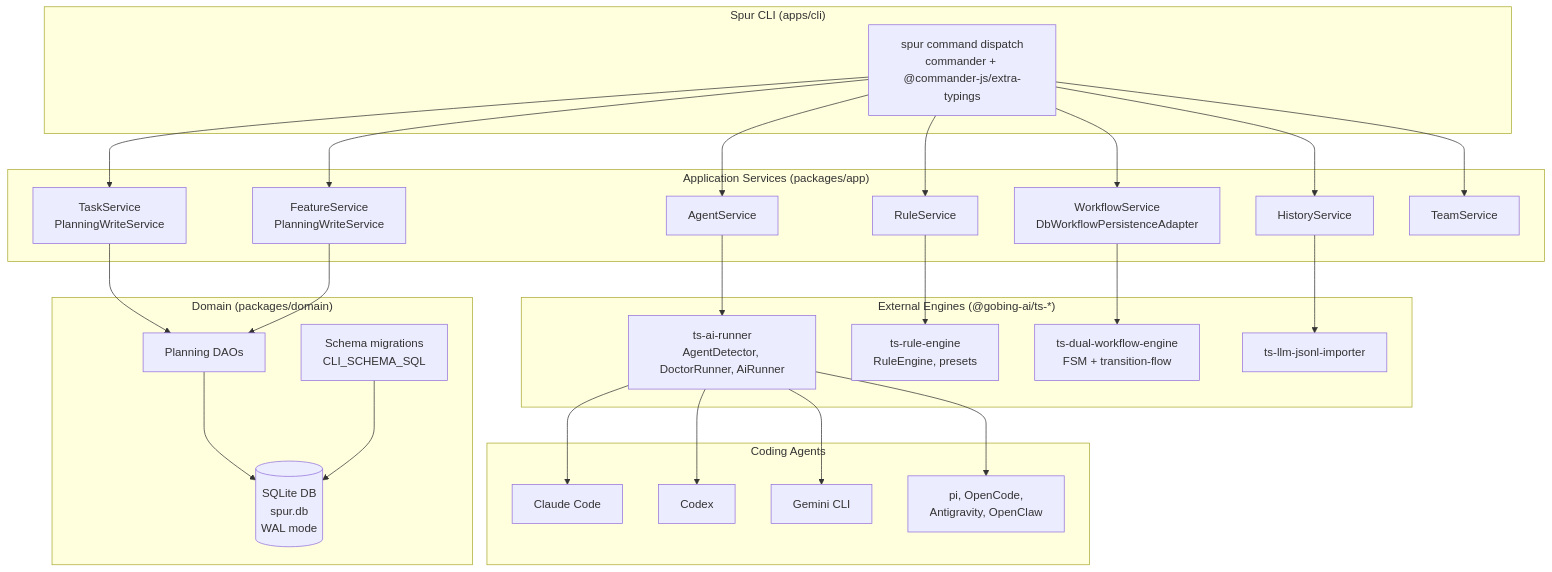
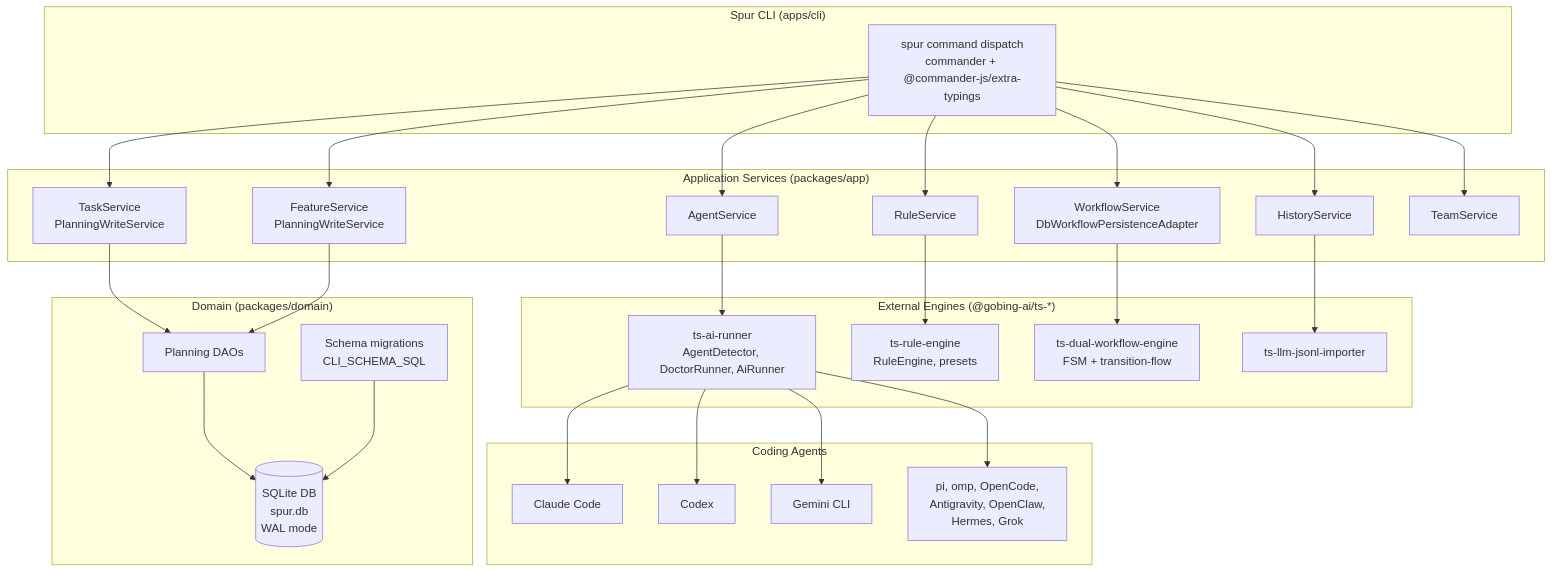
One commit to gobing-ai/spur changed the diagram in docs/help/index.md. Above: the diagram before and after it, drawn with Mermaid. The commit also changed other lines of this file and 11 other files, not shown here.

````diff
--- a/docs/help/index.md
+++ b/docs/help/index.md
@@ -55,44 +55,44 @@
 ```mermaid
 graph TB
     subgraph "Spur CLI (apps/cli)"
         CLI[spur command dispatch<br/>commander + @commander-js/extra-typings]
     end
 
     subgraph "Application Services (packages/app)"
         AgentSvc[AgentService]
         RuleSvc[RuleService]
         WorkflowSvc[WorkflowService<br/>DbWorkflowPersistenceAdapter]
         TaskSvc[TaskService<br/>PlanningWriteService]
         FeatureSvc[FeatureService<br/>PlanningWriteService]
         HistorySvc[HistoryService]
         TeamSvc[TeamService]
     end
 
     subgraph "Domain (packages/domain)"
         DB[(SQLite DB<br/>spur.db<br/>WAL mode)]
         Migrations[Schema migrations<br/>CLI_SCHEMA_SQL]
         PlanningDAOs[Planning DAOs]
     end
 
     subgraph "External Engines (@gobing-ai/ts-*)"
         AiRunner[ts-ai-runner<br/>AgentDetector, DoctorRunner, AiRunner]
         RuleEngine[ts-rule-engine<br/>RuleEngine, presets]
         WorkflowEngine[ts-dual-workflow-engine<br/>FSM + transition-flow]
         JsonlImporter[ts-llm-jsonl-importer]
     end
 
     subgraph "Coding Agents"
         Claude[Claude Code]
         Codex[Codex]
         Gemini[Gemini CLI]
-        Others[pi, OpenCode,<br/>Antigravity, OpenClaw]
+        Others[pi, omp, OpenCode,<br/>Antigravity, OpenClaw,<br/>Hermes, Grok]
     end
 
     CLI --> AgentSvc & RuleSvc & WorkflowSvc & TaskSvc & FeatureSvc & HistorySvc & TeamSvc
     AgentSvc --> AiRunner --> Claude & Codex & Gemini & Others
     RuleSvc --> RuleEngine
     WorkflowSvc --> WorkflowEngine
     HistorySvc --> JsonlImporter
     TaskSvc & FeatureSvc --> PlanningDAOs --> DB
     Migrations --> DB
 ```
````
